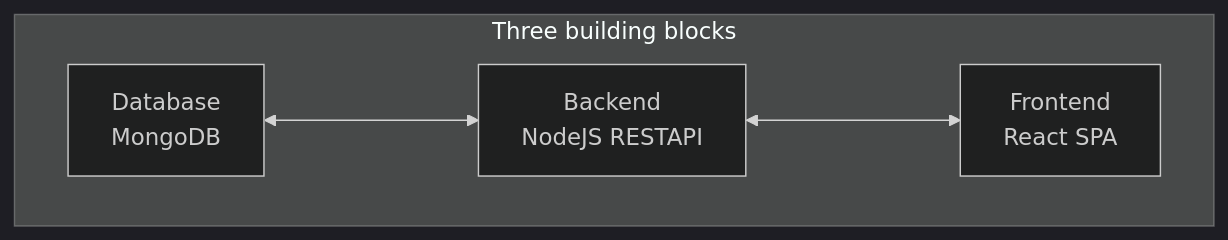
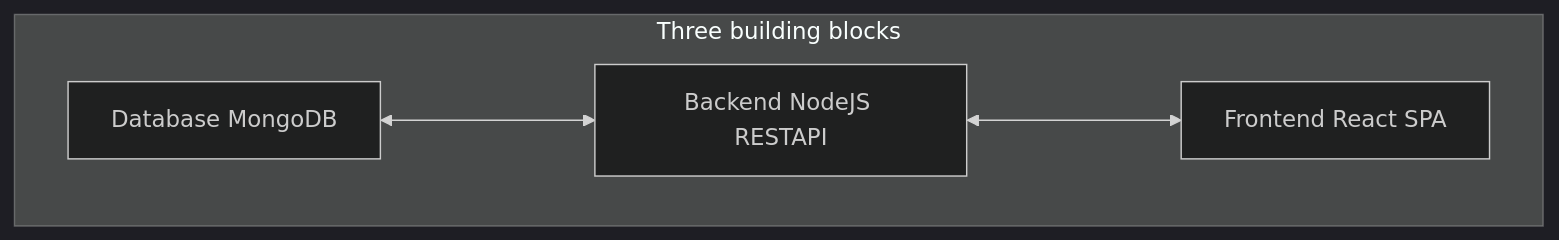
The diagram in src/MultipleContainers/README.md (Aixufey/Docker-Complete), drawn with Mermaid before and after one commit.

````diff
--- a/src/MultipleContainers/README.md
+++ b/src/MultipleContainers/README.md
@@ -31,16 +31,10 @@
 ```mermaid
 %%{init: {'theme': 'dark'}}%%
     graph
     subgraph "Three building blocks"
-        A[Database
-        MongoDB
-        ]
-        B[Backend
-        NodeJS RESTAPI
-        ]
-        C[Frontend
-        React SPA
-        ]
+        A[Database MongoDB]
+        B[Backend NodeJS RESTAPI]
+        C[Frontend React SPA]
         A <---> B <---> C
     end 
 ```
````
